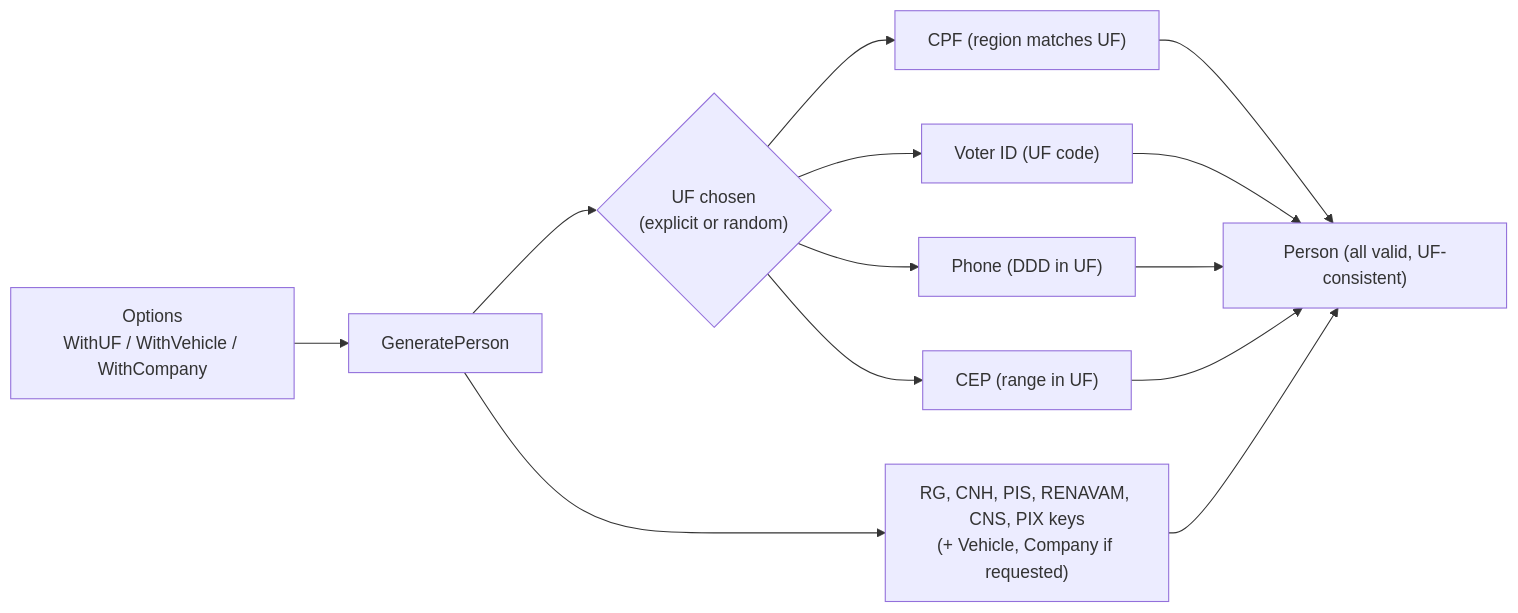
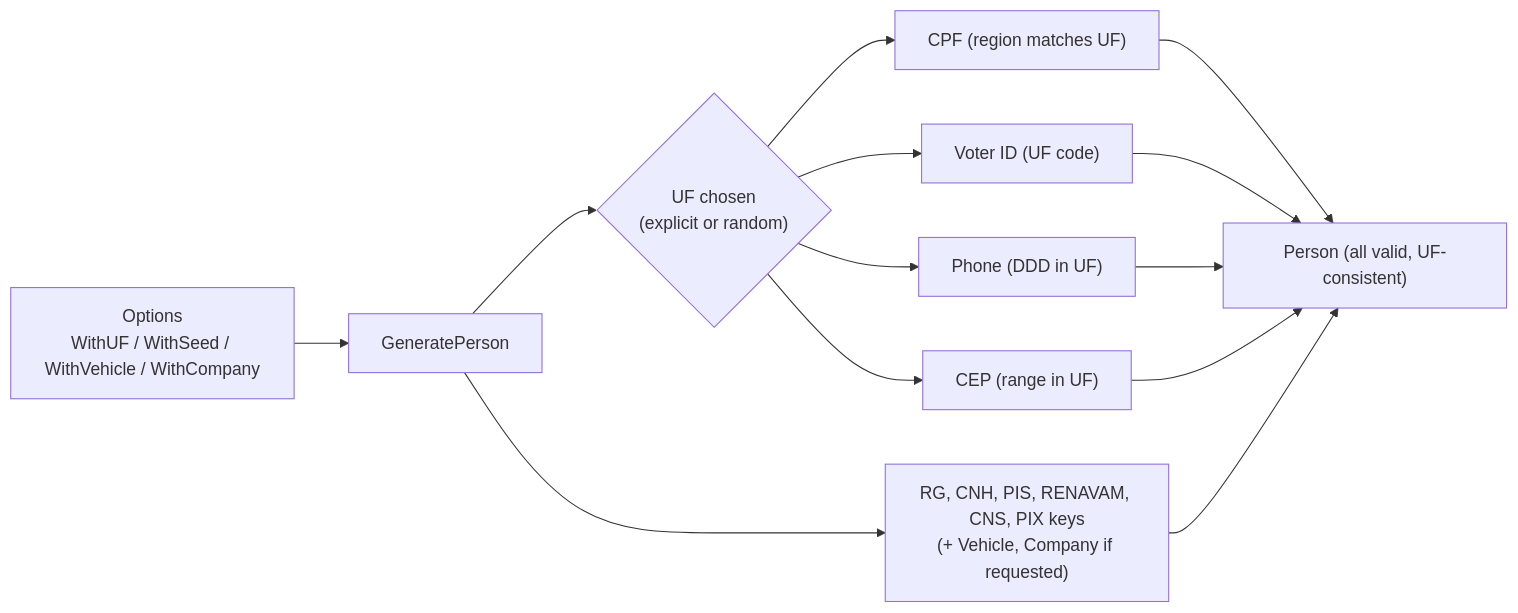
Before and after one commit to inovacc/selo: the fifth of 6 diagrams in docs/ARCHITECTURE.md, drawn with Mermaid. The commit also changed other lines of this file and 10 other files, not shown here.

````diff
--- a/docs/ARCHITECTURE.md
+++ b/docs/ARCHITECTURE.md
@@ -120,11 +125,11 @@
 ```mermaid
 flowchart LR
-    OPT["Options<br/>WithUF / WithVehicle / WithCompany"] --> GEN["GeneratePerson"]
+    OPT["Options<br/>WithUF / WithSeed / WithVehicle / WithCompany"] --> GEN["GeneratePerson"]
     GEN --> UF{"UF chosen<br/>(explicit or random)"}
     UF --> CPF["CPF (region matches UF)"]
     UF --> VOTER["Voter ID (UF code)"]
     UF --> PHONE["Phone (DDD in UF)"]
     UF --> CEP["CEP (range in UF)"]
     GEN --> REST["RG, CNH, PIS, RENAVAM, CNS, PIX keys<br/>(+ Vehicle, Company if requested)"]
     CPF & VOTER & PHONE & CEP & REST --> P["Person (all valid, UF-consistent)"]
 ```
````
